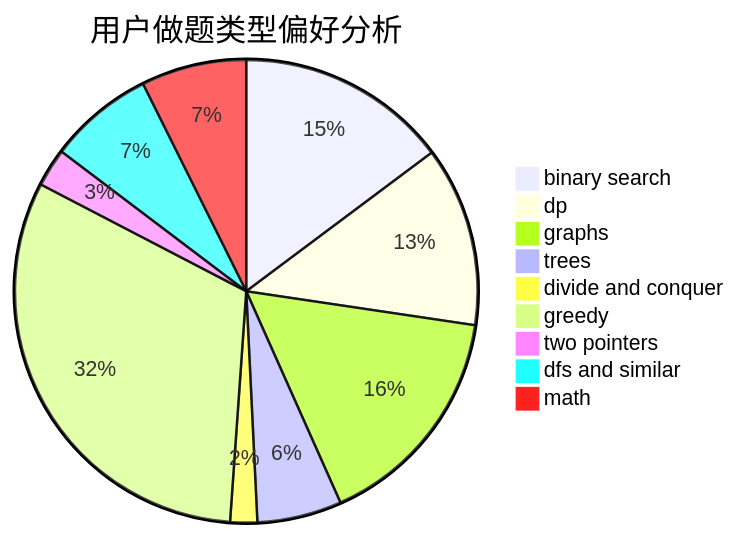
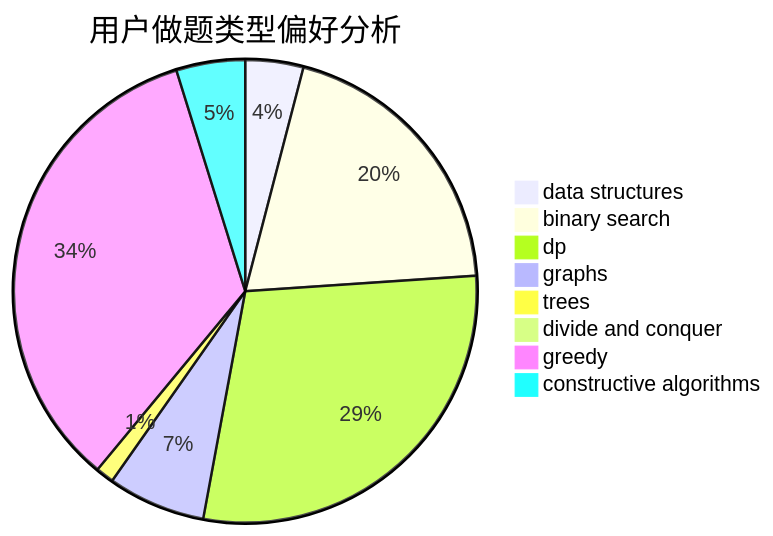
The second of 3 diagrams in docs/user/u1371.md (sherpahu/cfrs.github.io), drawn with Mermaid before and after one commit. The commit also changed other lines of this file and 2775 other files, not shown here.

````diff
--- a/docs/user/u1371.md
+++ b/docs/user/u1371.md
@@ -23,12 +23,11 @@
 ```mermaid
 pie title 用户做题类型偏好分析
-    "binary search" :  298
-    "dp" :  253
-    "graphs" :  322
-    "trees" :  119
-    "divide and conquer" :  38
-    "greedy" :  635
-    "two pointers" :  54
-    "dfs and similar" :  148
-    "math" :  148
+    "data structures" :  32
+    "binary search" :  157
+    "dp" :  229
+    "graphs" :  54
+    "trees" :  10
+    "divide and conquer" :  1
+    "greedy" :  270
+    "constructive algorithms" :  38
 ```
````
